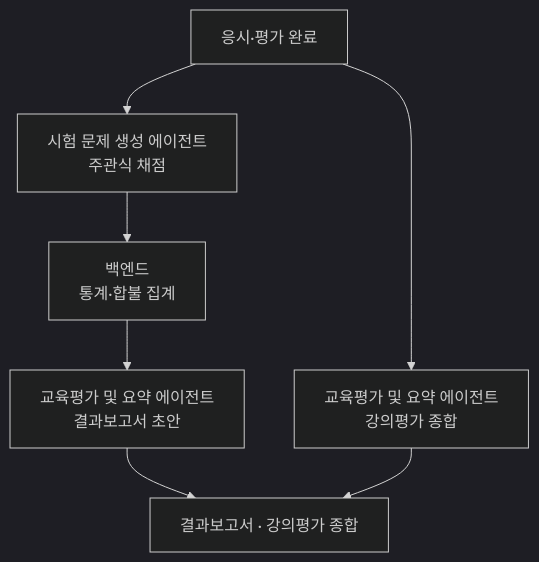
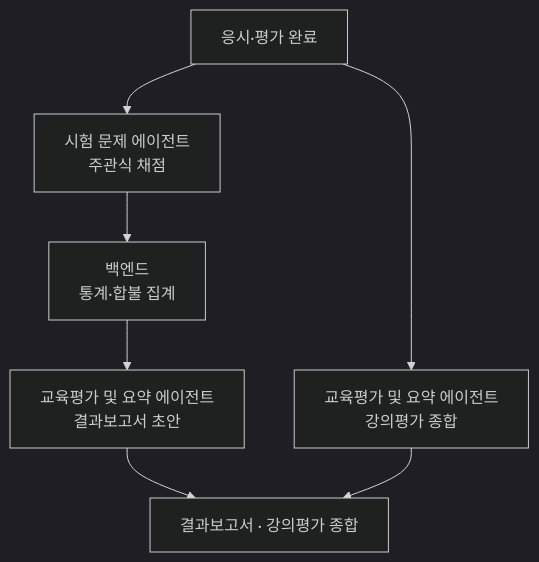
One commit to Doc-AI-Agent-development/Doc-AI-Agent-development.github.io changed the diagram in docs/scenarios/grading-report.md. Above: the diagram before and after it, drawn with Mermaid (dark theme). The commit also changed other lines of this file and 3 other files, not shown here.

````diff
--- a/docs/scenarios/grading-report.md
+++ b/docs/scenarios/grading-report.md
@@ -27,9 +27,9 @@
 ```mermaid
 flowchart TD
-    SUB["응시·평가 완료"] --> GRADE["시험 문제 생성 에이전트<br/>주관식 채점"]
+    SUB["응시·평가 완료"] --> GRADE["시험 문제 에이전트<br/>주관식 채점"]
     GRADE --> STAT["백엔드<br/>통계·합불 집계"]
     STAT --> REP["교육평가 및 요약 에이전트<br/>결과보고서 초안"]
     SUB --> REV["교육평가 및 요약 에이전트<br/>강의평가 종합"]
     REP --> DONE["결과보고서 · 강의평가 종합"]
     REV --> DONE
 ```
````
